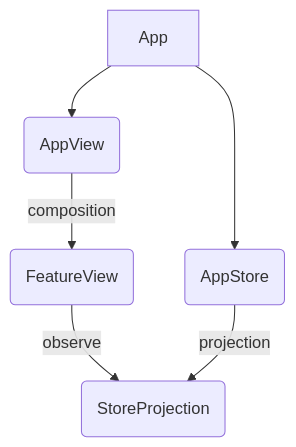
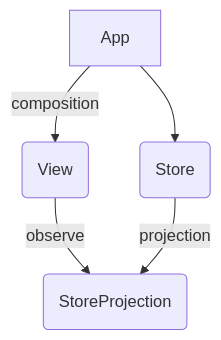
Before and after one commit to stephtelolahy/WildWestOnline: the fifth of 6 diagrams in README.md, drawn with Mermaid. The commit also changed other lines of this file, not shown here.

````diff
--- a/README.md
+++ b/README.md
@@ -119,8 +116,7 @@
 ```mermaid
 flowchart TD
-APP[App] --> APPSTORE(AppStore)
-APP -->  APPVIEW(AppView)
-APPVIEW --> |composition| VIEW(FeatureView)
+APP[App] --> APPSTORE(Store)
+APP --> |composition| VIEW(View)
 VIEW --> |observe| STOREPROJECTION(StoreProjection)
 APPSTORE --> |projection| STOREPROJECTION
 ```
````
